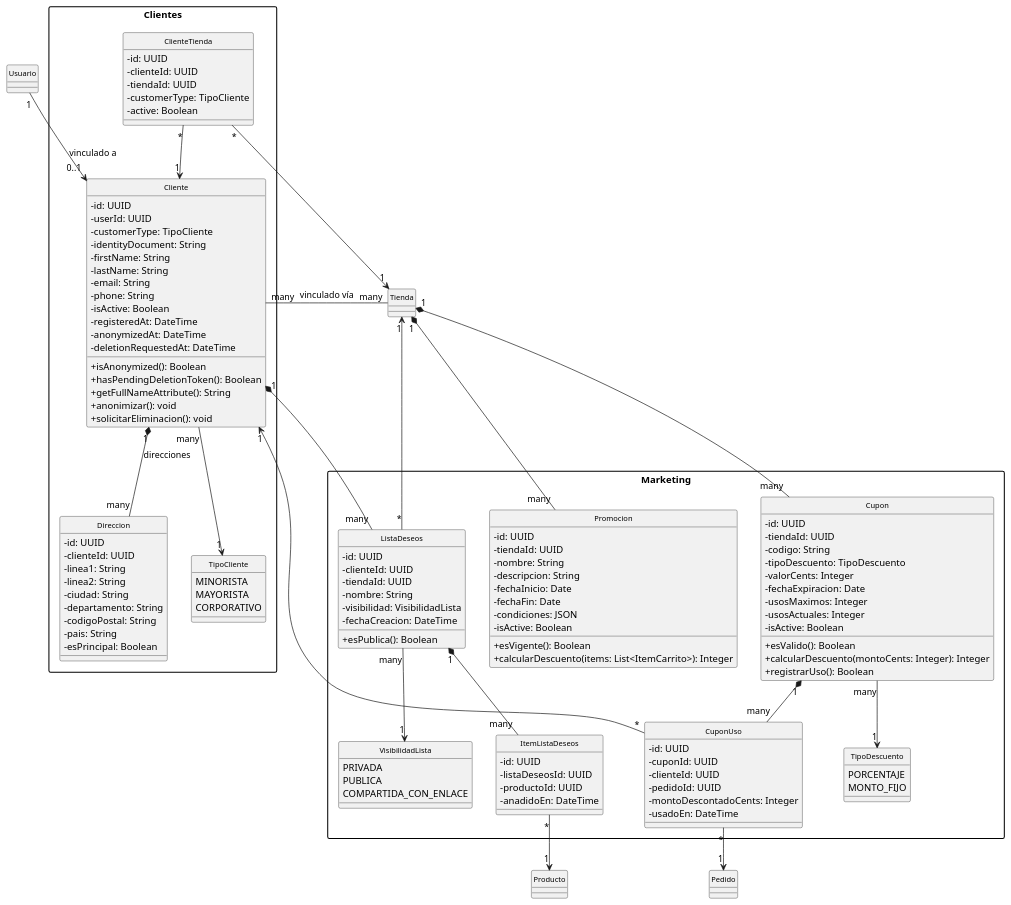
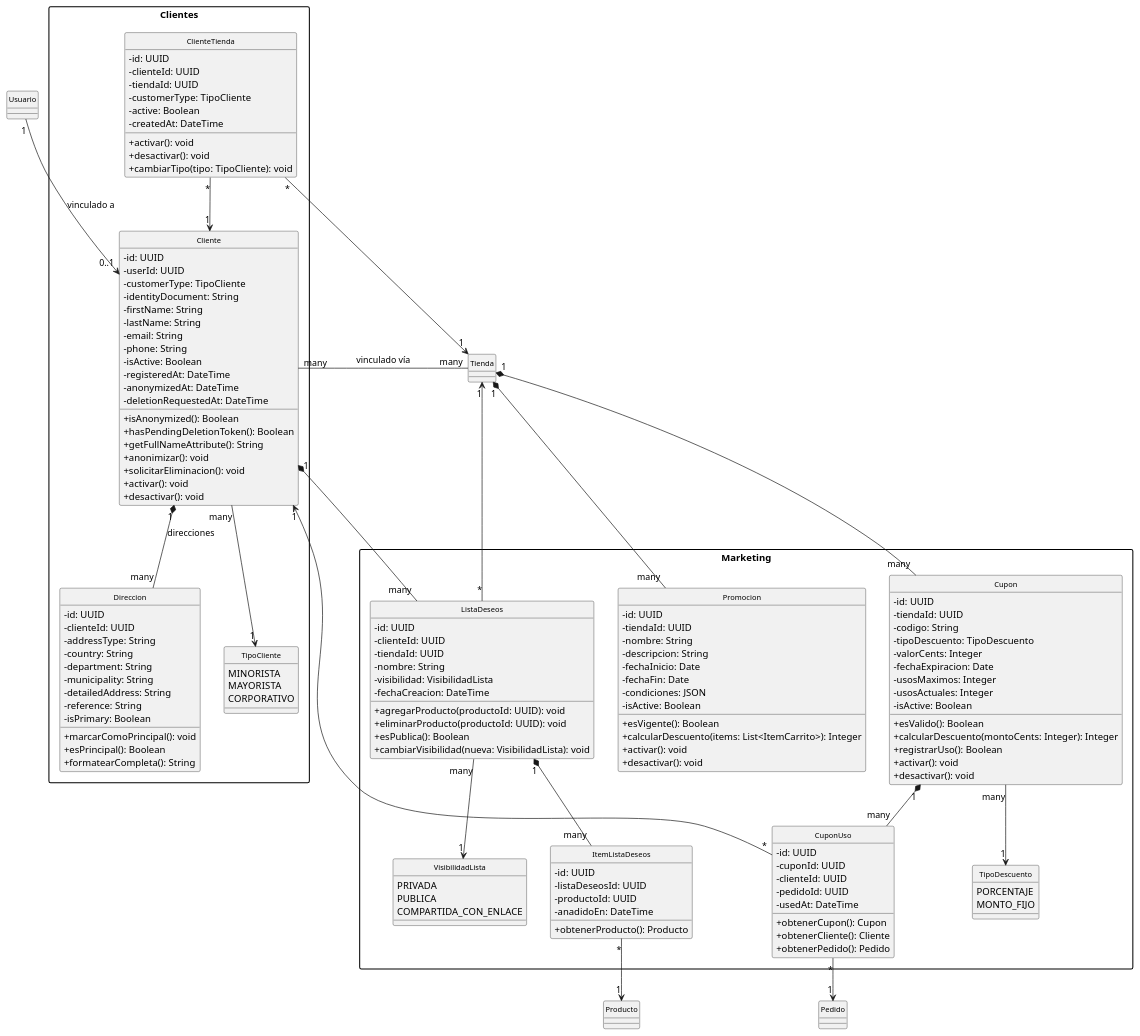
Before and after one commit to D4nitrix13/AtlasCommerce: the diagram in docs/uml/8.2.3-clases-clientes-marketing.puml, drawn with PlantUML. The commit also changed 5 other files, not shown here.

First line of the commit message:
fix(uml): agregar metodos de dominio a todas las clases vacias

```diff
--- a/docs/uml/8.2.3-clases-clientes-marketing.puml
+++ b/docs/uml/8.2.3-clases-clientes-marketing.puml
@@ -1,154 +1,173 @@
 @startuml 8.2.3 - Diagrama de Clases (Clientes y Marketing)
 skinparam classAttributeIconSize 0
 skinparam classFontSize 11
 skinparam packageStyle rectangle
 hide circle
 
 ' ============================================================
 ' 8.2.3 — CLIENTES Y MARKETING
 ' Paquetes: Clientes + Marketing
 ' ============================================================
 
 package "Clientes" {
 
   class Cliente {
     - id: UUID
     - userId: UUID
     - customerType: TipoCliente
     - identityDocument: String
     - firstName: String
     - lastName: String
     - email: String
     - phone: String
     - isActive: Boolean
     - registeredAt: DateTime
     - anonymizedAt: DateTime
     - deletionRequestedAt: DateTime
     + isAnonymized(): Boolean
     + hasPendingDeletionToken(): Boolean
     + getFullNameAttribute(): String
     + anonimizar(): void
     + solicitarEliminacion(): void
+    + activar(): void
+    + desactivar(): void
   }
 
   enum TipoCliente {
     MINORISTA
     MAYORISTA
     CORPORATIVO
   }
 
   class Direccion {
     - id: UUID
     - clienteId: UUID
-    - linea1: String
-    - linea2: String
-    - ciudad: String
-    - departamento: String
-    - codigoPostal: String
-    - pais: String
-    - esPrincipal: Boolean
+    - addressType: String
+    - country: String
+    - department: String
+    - municipality: String
+    - detailedAddress: String
+    - reference: String
+    - isPrimary: Boolean
+    + marcarComoPrincipal(): void
+    + esPrincipal(): Boolean
+    + formatearCompleta(): String
   }
 
   class ClienteTienda {
     - id: UUID
     - clienteId: UUID
     - tiendaId: UUID
     - customerType: TipoCliente
     - active: Boolean
+    - createdAt: DateTime
+    + activar(): void
+    + desactivar(): void
+    + cambiarTipo(tipo: TipoCliente): void
   }
 }
 
 package "Marketing" {
 
   class ListaDeseos {
     - id: UUID
     - clienteId: UUID
     - tiendaId: UUID
     - nombre: String
     - visibilidad: VisibilidadLista
     - fechaCreacion: DateTime
+    + agregarProducto(productoId: UUID): void
+    + eliminarProducto(productoId: UUID): void
     + esPublica(): Boolean
+    + cambiarVisibilidad(nueva: VisibilidadLista): void
   }
 
   enum VisibilidadLista {
     PRIVADA
     PUBLICA
     COMPARTIDA_CON_ENLACE
   }
 
   class ItemListaDeseos {
     - id: UUID
     - listaDeseosId: UUID
     - productoId: UUID
     - anadidoEn: DateTime
+    + obtenerProducto(): Producto
   }
 
   class Cupon {
     - id: UUID
     - tiendaId: UUID
     - codigo: String
     - tipoDescuento: TipoDescuento
     - valorCents: Integer
     - fechaExpiracion: Date
     - usosMaximos: Integer
     - usosActuales: Integer
     - isActive: Boolean
     + esValido(): Boolean
     + calcularDescuento(montoCents: Integer): Integer
     + registrarUso(): Boolean
+    + activar(): void
+    + desactivar(): void
   }
 
   enum TipoDescuento {
     PORCENTAJE
     MONTO_FIJO
   }
 
   class Promocion {
     - id: UUID
     - tiendaId: UUID
     - nombre: String
     - descripcion: String
     - fechaInicio: Date
     - fechaFin: Date
     - condiciones: JSON
     - isActive: Boolean
     + esVigente(): Boolean
     + calcularDescuento(items: List<ItemCarrito>): Integer
+    + activar(): void
+    + desactivar(): void
   }
 
   class CuponUso {
     - id: UUID
     - cuponId: UUID
     - clienteId: UUID
     - pedidoId: UUID
-    - montoDescontadoCents: Integer
-    - usadoEn: DateTime
+    - usedAt: DateTime
+    + obtenerCupon(): Cupon
+    + obtenerCliente(): Cliente
+    + obtenerPedido(): Pedido
   }
 }
 
 ' ============================================================
 ' RELACIONES — CLIENTES
 ' ============================================================
 Usuario "1" --> "0..1" Cliente : "vinculado a"
 Cliente "1" *-- "many" Direccion : "direcciones"
 Cliente "many" -- "many" Tienda : "vinculado vía"
 ClienteTienda "*" --> "1" Cliente
 ClienteTienda "*" --> "1" Tienda
 Cliente "many" --> "1" TipoCliente
 
 ' ============================================================
 ' RELACIONES — MARKETING
 ' ============================================================
 Cliente "1" *-- "many" ListaDeseos
 ListaDeseos "*" --> "1" Tienda
 ListaDeseos "many" --> "1" VisibilidadLista
 ListaDeseos "1" *-- "many" ItemListaDeseos
 ItemListaDeseos "*" --> "1" Producto
 Tienda "1" *-- "many" Cupon
 Cupon "many" --> "1" TipoDescuento
 Tienda "1" *-- "many" Promocion
 Cupon "1" *-- "many" CuponUso
 CuponUso "*" --> "1" Cliente
 CuponUso "*" --> "1" Pedido
 
 @enduml
```
